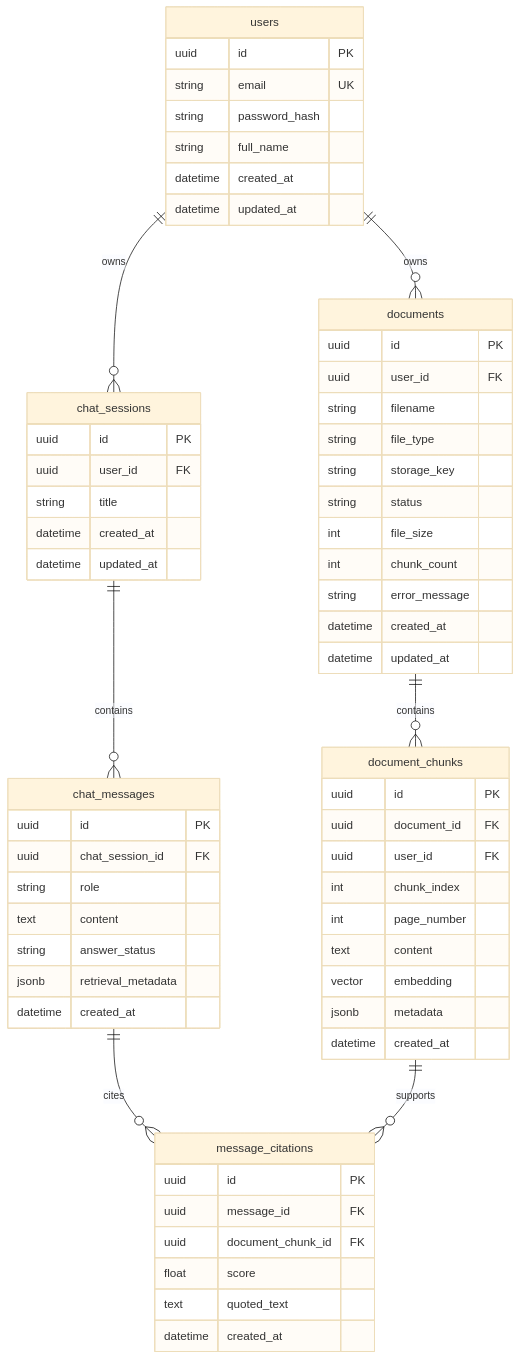
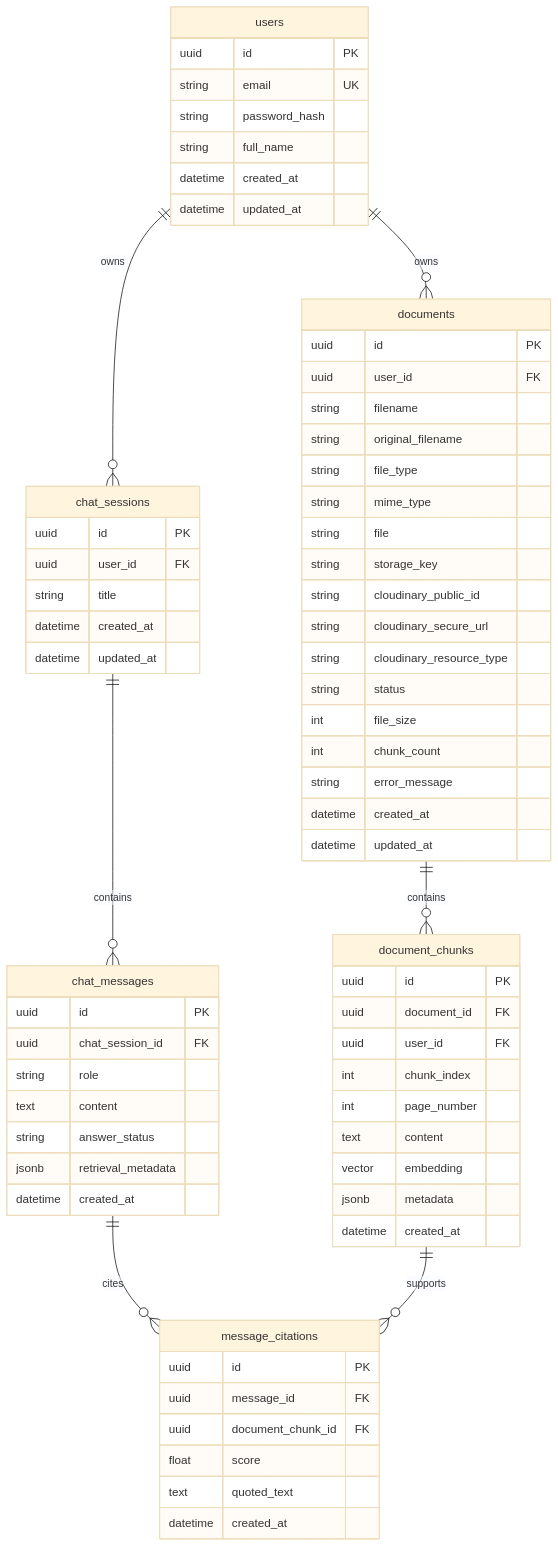
Before and after one commit to Anos714/Assignment: the fourth of 7 diagrams in docs/ARCHITECTURE.md, drawn with Mermaid (base theme). The commit also changed other lines of this file and 3 other files, not shown here.

Commit message:
feat: enhance DocuMind AI documentation and architecture to reflect updated deployment stack and ingestion process

````diff
--- a/docs/ARCHITECTURE.md
+++ b/docs/ARCHITECTURE.md
@@ -99,71 +172,77 @@
 ```mermaid
 erDiagram
     users ||--o{ documents : owns
     users ||--o{ chat_sessions : owns
     documents ||--o{ document_chunks : contains
     chat_sessions ||--o{ chat_messages : contains
     chat_messages ||--o{ message_citations : cites
     document_chunks ||--o{ message_citations : supports
 
     users {
         uuid id PK
         string email UK
         string password_hash
         string full_name
         datetime created_at
         datetime updated_at
     }
 
     documents {
         uuid id PK
         uuid user_id FK
         string filename
+        string original_filename
         string file_type
+        string mime_type
+        string file
         string storage_key
+        string cloudinary_public_id
+        string cloudinary_secure_url
+        string cloudinary_resource_type
         string status
         int file_size
         int chunk_count
         string error_message
         datetime created_at
         datetime updated_at
     }
 
     document_chunks {
         uuid id PK
         uuid document_id FK
         uuid user_id FK
         int chunk_index
         int page_number
         text content
         vector embedding
         jsonb metadata
         datetime created_at
     }
 
     chat_sessions {
         uuid id PK
         uuid user_id FK
         string title
         datetime created_at
         datetime updated_at
     }
 
     chat_messages {
         uuid id PK
         uuid chat_session_id FK
         string role
         text content
         string answer_status
         jsonb retrieval_metadata
         datetime created_at
     }
 
     message_citations {
         uuid id PK
         uuid message_id FK
         uuid document_chunk_id FK
         float score
         text quoted_text
         datetime created_at
     }
 ```
````
